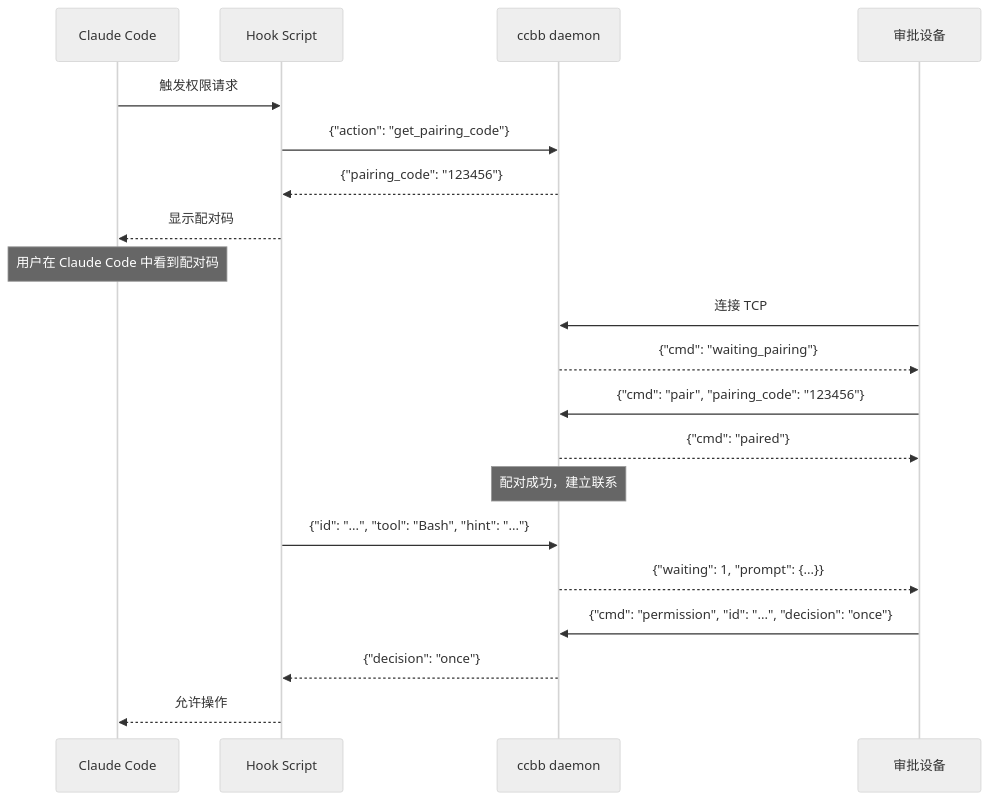
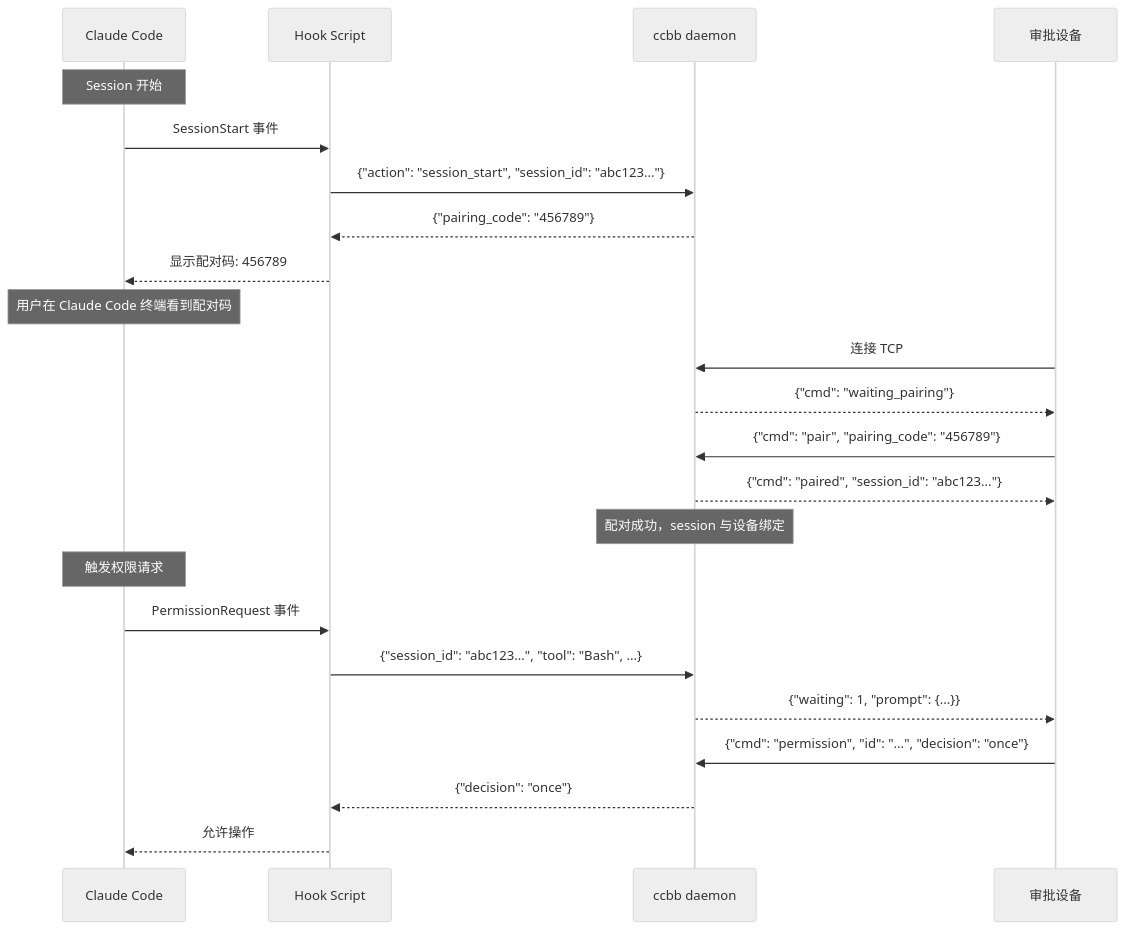
Before and after one commit to oh-myfun/claude-code-buddy-bridge: the second of 2 diagrams in README.md, drawn with Mermaid (neutral theme). The commit also changed other lines of this file and 4 other files, not shown here.

````diff
--- a/README.md
+++ b/README.md
@@ -73,25 +73,28 @@
 ```mermaid
 sequenceDiagram
     participant CC as Claude Code
     participant Hook as Hook Script
     participant Bridge as ccbb daemon
     participant Device as 审批设备
 
-    CC->>Hook: 触发权限请求
-    Hook->>Bridge: {"action": "get_pairing_code"}
-    Bridge-->>Hook: {"pairing_code": "123456"}
-    Hook-->>CC: 显示配对码
-    Note over CC: 用户在 Claude Code 中看到配对码
+    Note over CC: Session 开始
+    CC->>Hook: SessionStart 事件
+    Hook->>Bridge: {"action": "session_start", "session_id": "abc123..."}
+    Bridge-->>Hook: {"pairing_code": "456789"}
+    Hook-->>CC: 显示配对码: 456789
+    Note over CC: 用户在 Claude Code 终端看到配对码
     
     Device->>Bridge: 连接 TCP
     Bridge-->>Device: {"cmd": "waiting_pairing"}
-    Device->>Bridge: {"cmd": "pair", "pairing_code": "123456"}
-    Bridge-->>Device: {"cmd": "paired"}
-    Note over Bridge: 配对成功，建立联系
+    Device->>Bridge: {"cmd": "pair", "pairing_code": "456789"}
+    Bridge-->>Device: {"cmd": "paired", "session_id": "abc123..."}
+    Note over Bridge: 配对成功，session 与设备绑定
     
-    Hook->>Bridge: {"id": "...", "tool": "Bash", "hint": "..."}
+    Note over CC: 触发权限请求
+    CC->>Hook: PermissionRequest 事件
+    Hook->>Bridge: {"session_id": "abc123...", "tool": "Bash", ...}
     Bridge-->>Device: {"waiting": 1, "prompt": {...}}
     Device->>Bridge: {"cmd": "permission", "id": "...", "decision": "once"}
     Bridge-->>Hook: {"decision": "once"}
     Hook-->>CC: 允许操作
 ```
````
